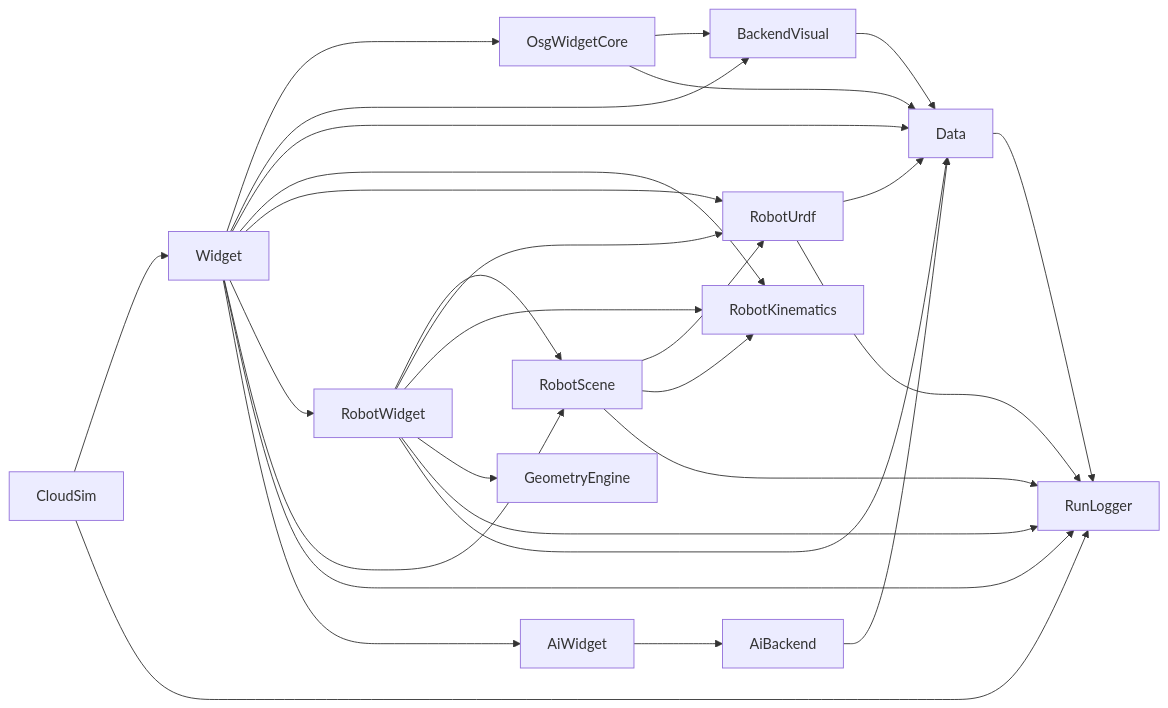
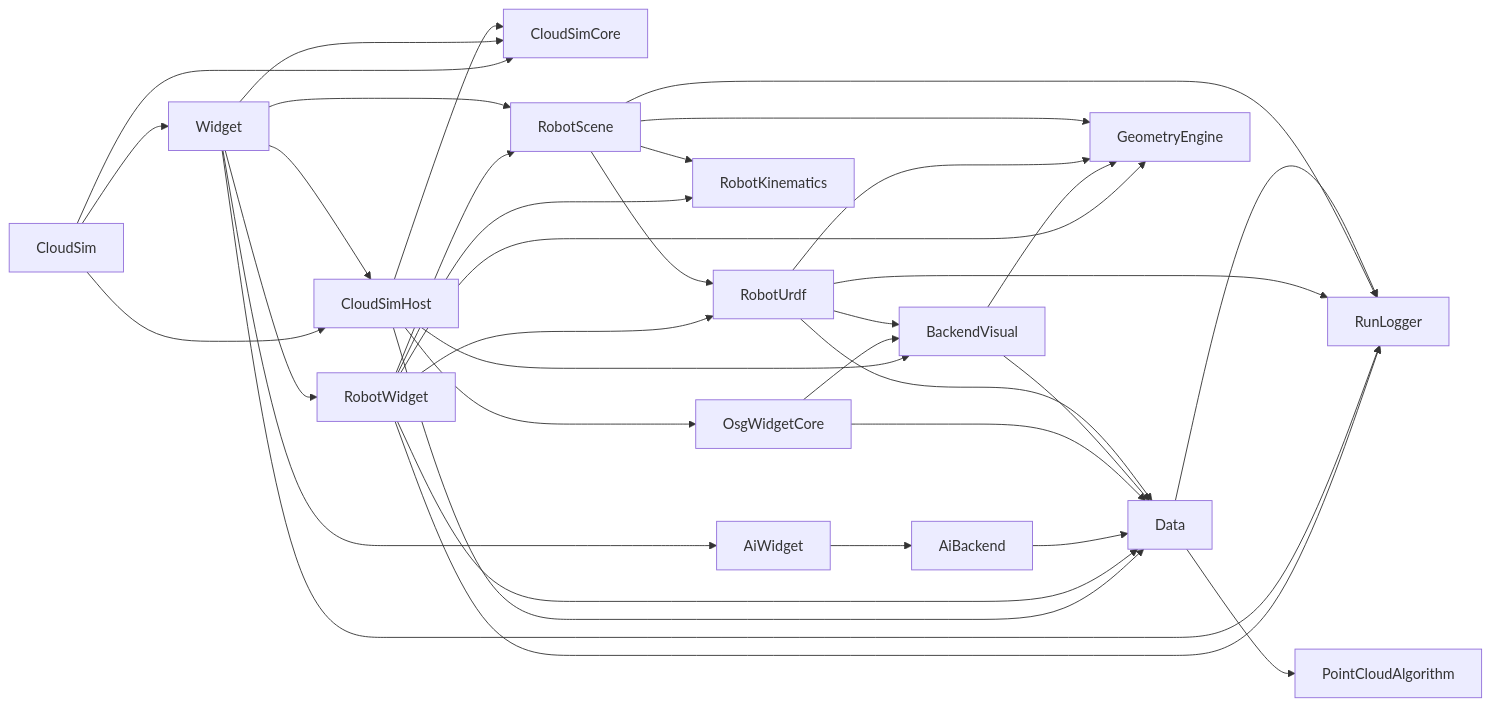
Before and after one commit to sanmunejdn/CloudSim: the third of 8 diagrams in ARCHITECTURE_SUMMARY.md, drawn with Mermaid. The commit also changed other lines of this file and 115 other files, not shown here.

````diff
--- a/ARCHITECTURE_SUMMARY.md
+++ b/ARCHITECTURE_SUMMARY.md
@@ -277,36 +359,42 @@
 ```mermaid
 flowchart LR
-    Widget --> OsgWidgetCore
-    Widget --> BackendVisual
-    Widget --> Data
-    Widget --> RobotKinematics
-    Widget --> RobotUrdf
+    CloudSim --> Widget
+    CloudSim --> Host[CloudSimHost]
+    CloudSim --> Core[CloudSimCore]
+    Widget --> Host
+    Widget --> Core
+    Host --> Core
+    Host --> OsgWidgetCore
+    Host --> BackendVisual
+    Host --> Data
     Widget --> RobotWidget
     RobotWidget --> RobotScene
     RobotWidget --> RobotUrdf
     RobotWidget --> RobotKinematics
     RobotWidget --> GeometryEngine
     RobotWidget --> RunLogger
     RobotWidget --> Data
     Widget --> RobotScene
     Widget --> RunLogger
     Widget --> AiWidget
     AiWidget --> AiBackend
     AiBackend --> Data
 
     OsgWidgetCore --> BackendVisual
     OsgWidgetCore --> Data
     BackendVisual --> Data
+    BackendVisual --> GeometryEngine
 
     RobotUrdf --> Data
     RobotUrdf --> RunLogger
+    RobotUrdf --> BackendVisual
+    RobotUrdf --> GeometryEngine
 
     RobotScene --> RobotUrdf
     RobotScene --> RobotKinematics
     RobotScene --> RunLogger
+    RobotScene --> GeometryEngine
 
     Data --> RunLogger
-
-    CloudSim --> Widget
-    CloudSim --> RunLogger
+    Data --> PointCloudAlgorithm
 ```
````
